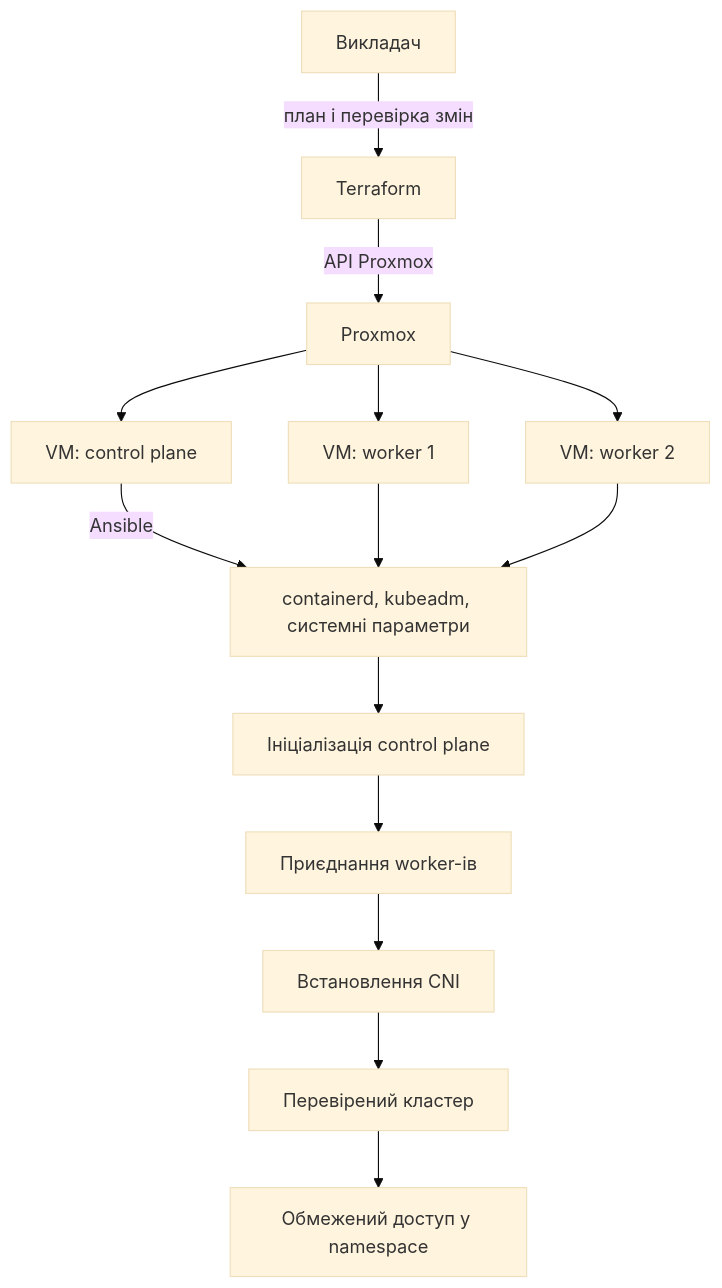
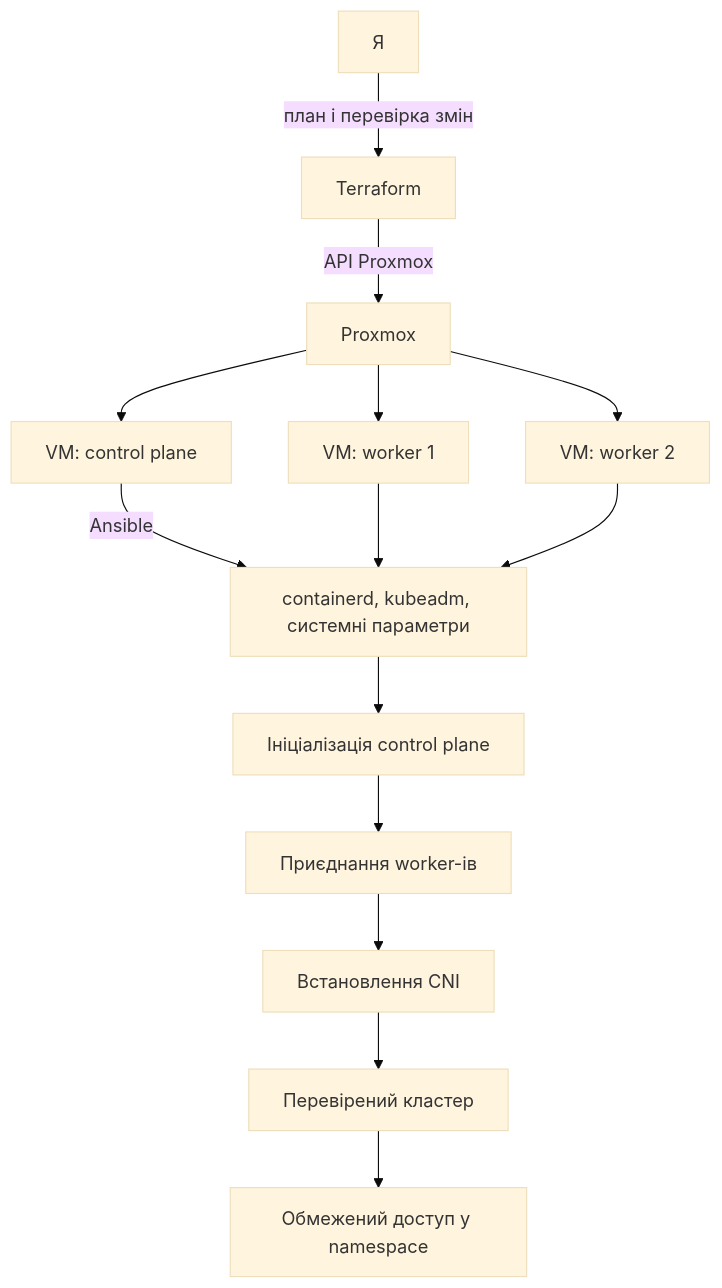
The second of 3 diagrams in lessons/04-cluster-and-first-app.md (rossogamata/L1B), drawn with Mermaid (base theme) before and after one commit. The commit also changed other lines of this file and 30 other files, not shown here.

````diff
--- a/lessons/04-cluster-and-first-app.md
+++ b/lessons/04-cluster-and-first-app.md
@@ -60,16 +60,16 @@
 ```mermaid
 flowchart TB
-    OP[Викладач] -->|план і перевірка змін| TF[Terraform]
+    OP[Я] -->|план і перевірка змін| TF[Terraform]
     TF -->|API Proxmox| PVE[Proxmox]
     PVE --> CP[VM: control plane]
     PVE --> W1[VM: worker 1]
     PVE --> W2[VM: worker 2]
     CP -->|Ansible| CONFIG[containerd, kubeadm, системні параметри]
     W1 --> CONFIG
     W2 --> CONFIG
     CONFIG --> INIT[Ініціалізація control plane]
     INIT --> JOIN[Приєднання worker-ів]
     JOIN --> CNI[Встановлення CNI]
     CNI --> READY[Перевірений кластер]
     READY --> ACCESS[Обмежений доступ у namespace]
 ```
````
